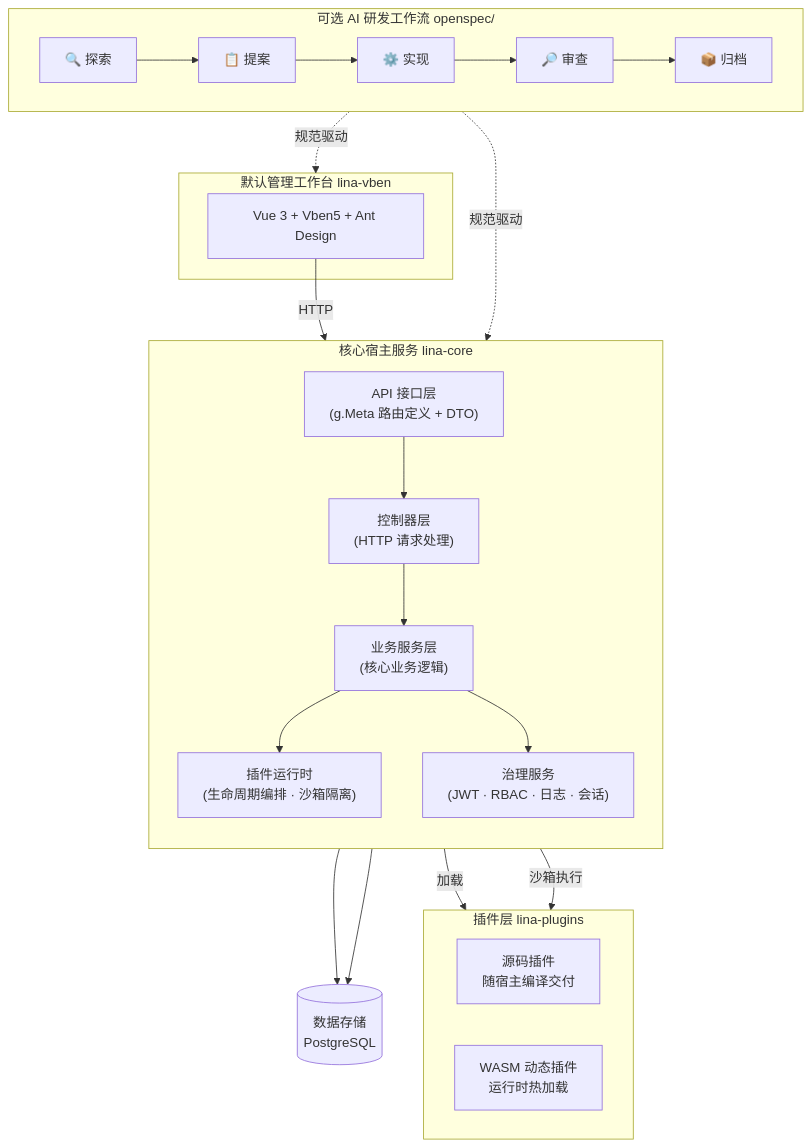
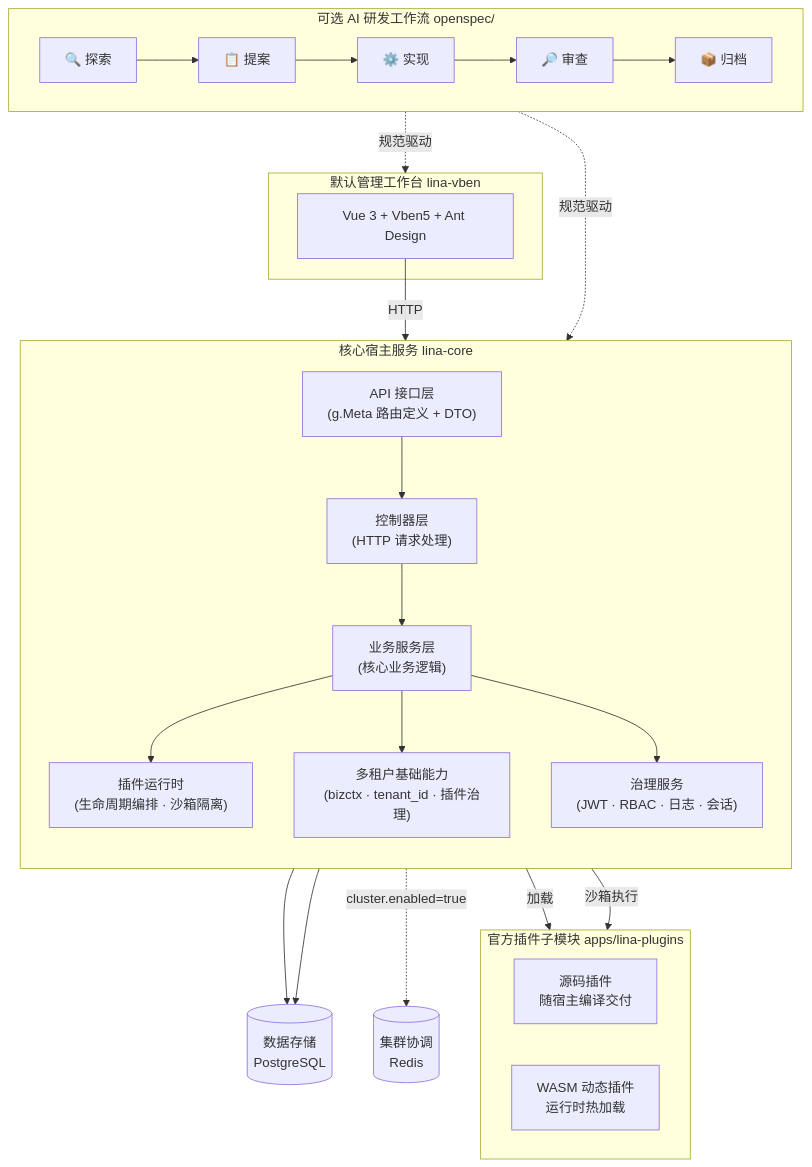
Before and after one commit to linaproai/linapro-site: the diagram in apps/lina-site/docs/quick/1000-overview.md, drawn with Mermaid.

Commit message:
docs(lina-site): add multi-tenant and Redis to architecture diagram

````diff
--- a/apps/lina-site/docs/quick/1000-overview.md
+++ b/apps/lina-site/docs/quick/1000-overview.md
@@ -81,39 +81,43 @@
 ```mermaid
 graph TB
     subgraph Workflow["可选 AI 研发工作流  openspec/"]
         direction LR
         Explore["🔍 探索"] --> Propose["📋 提案"] --> Implement["⚙️ 实现"] --> Review["🔎 审查"] --> Archive["📦 归档"]
     end
 
     subgraph Frontend["默认管理工作台  lina-vben"]
         UI["Vue 3 + Vben5 + Ant Design"]
     end
 
     subgraph Host["核心宿主服务  lina-core"]
         direction TB
         API["API 接口层\n(g.Meta 路由定义 + DTO)"]
         Ctrl["控制器层\n(HTTP 请求处理)"]
         Svc["业务服务层\n(核心业务逻辑)"]
         Plugin["插件运行时\n(生命周期编排 · 沙箱隔离)"]
+        Tenant["多租户基础能力\n(bizctx · tenant_id · 插件治理)"]
         Gov["治理服务\n(JWT · RBAC · 日志 · 会话)"]
         API --> Ctrl --> Svc
         Svc --> Plugin
+        Svc --> Tenant
         Svc --> Gov
     end
 
-    subgraph Plugins["插件层  lina-plugins"]
+    subgraph Plugins["官方插件子模块  apps/lina-plugins"]
         direction LR
         Source["源码插件\n随宿主编译交付"]
         Dynamic["WASM 动态插件\n运行时热加载"]
     end
 
     DB[("数据存储\nPostgreSQL")]
+    Redis[("集群协调\nRedis")]
 
     Workflow -.->|规范驱动| Frontend
     Workflow -.->|规范驱动| Host
     UI -->|HTTP| API
     Plugin -->|加载| Source
     Plugin -->|沙箱执行| Dynamic
     Svc --> DB
     Gov --> DB
+    Svc -.->|cluster.enabled=true| Redis
 ```
````
